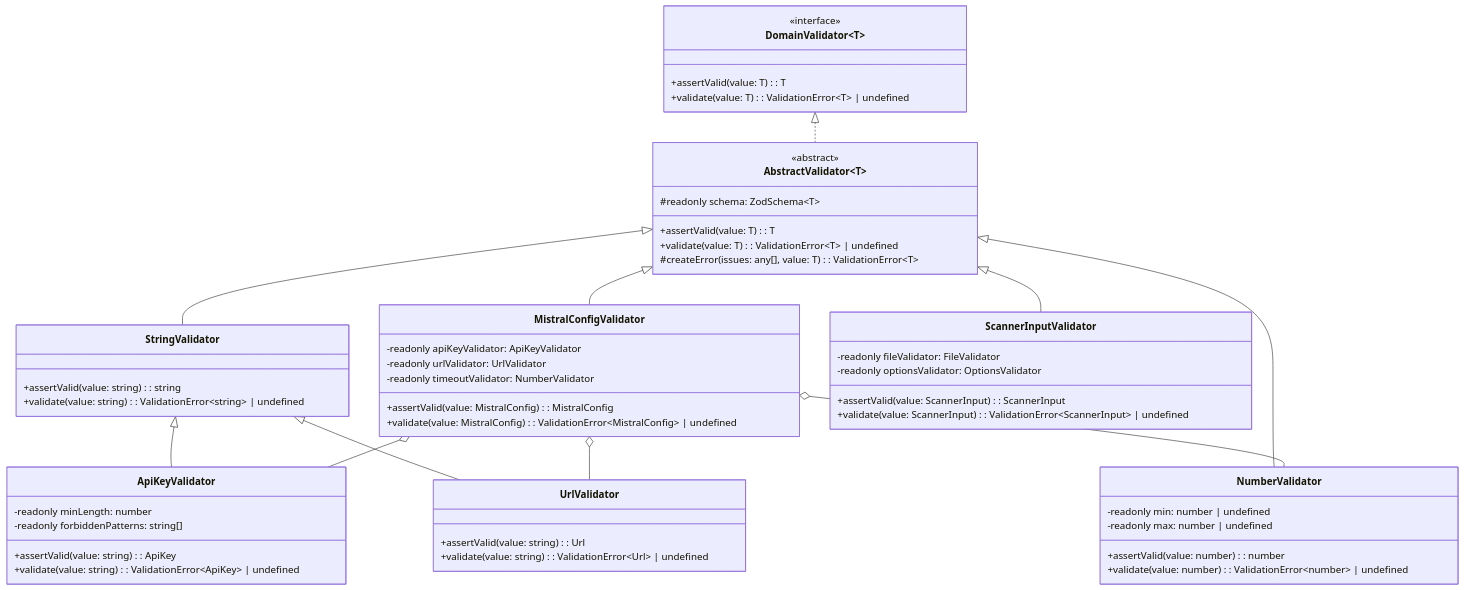
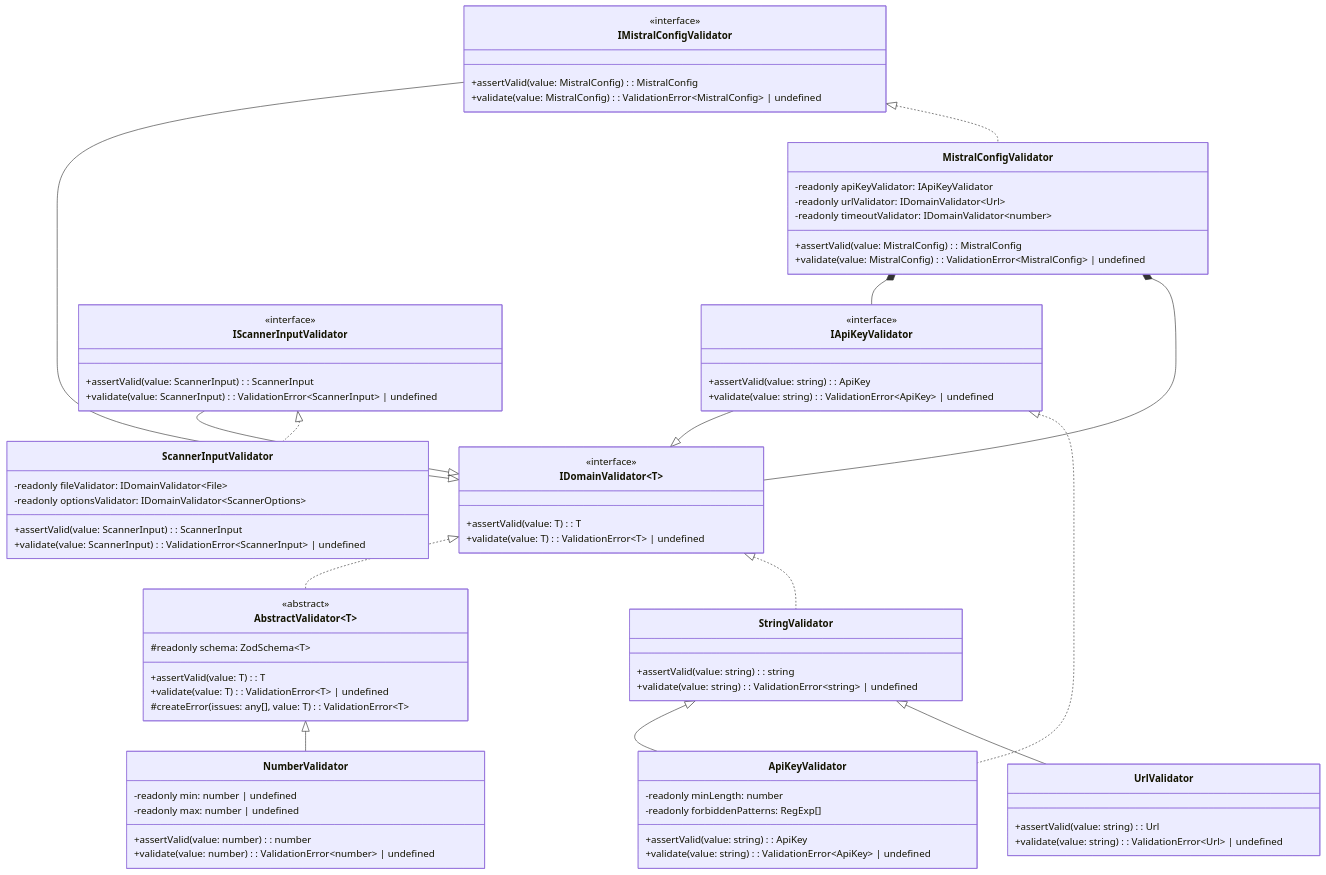
The diagram in docs/zod-validator-class-hierarchy.md (o2alexanderfedin/OCRChecksServer-demo), drawn with Mermaid before and after one commit. The commit also changed other lines of this file, not shown here.

First line of the commit message:
docs: enhance validator design with SOLID principles

````diff
--- a/docs/zod-validator-class-hierarchy.md
+++ b/docs/zod-validator-class-hierarchy.md
@@ -37,6 +65,6 @@
 ```mermaid
 classDiagram
-    class DomainValidator~T~ {
+    class IDomainValidator~T~ {
         <<interface>>
         +assertValid(value: T): T
         +validate(value: T): ValidationError~T~ | undefined
@@ -55,9 +83,15 @@
         +validate(value: string): ValidationError~string~ | undefined
     }
     
+    class IApiKeyValidator {
+        <<interface>>
+        +assertValid(value: string): ApiKey
+        +validate(value: string): ValidationError~ApiKey~ | undefined
+    }
+    
     class ApiKeyValidator {
         -readonly minLength: number
-        -readonly forbiddenPatterns: string[]
+        -readonly forbiddenPatterns: RegExp[]
         +assertValid(value: string): ApiKey
         +validate(value: string): ValidationError~ApiKey~ | undefined
     }
@@ -74,29 +108,46 @@
         +validate(value: number): ValidationError~number~ | undefined
     }
     
-    class MistralConfigValidator {
-        -readonly apiKeyValidator: ApiKeyValidator
-        -readonly urlValidator: UrlValidator
-        -readonly timeoutValidator: NumberValidator
+    class IMistralConfigValidator {
+        <<interface>>
         +assertValid(value: MistralConfig): MistralConfig
         +validate(value: MistralConfig): ValidationError~MistralConfig~ | undefined
     }
     
-    class ScannerInputValidator {
-        -readonly fileValidator: FileValidator
-        -readonly optionsValidator: OptionsValidator
+    class MistralConfigValidator {
+        -readonly apiKeyValidator: IApiKeyValidator
+        -readonly urlValidator: IDomainValidator~Url~
+        -readonly timeoutValidator: IDomainValidator~number~
+        +assertValid(value: MistralConfig): MistralConfig
+        +validate(value: MistralConfig): ValidationError~MistralConfig~ | undefined
+    }
+    
+    class IScannerInputValidator {
+        <<interface>>
         +assertValid(value: ScannerInput): ScannerInput
         +validate(value: ScannerInput): ValidationError~ScannerInput~ | undefined
     }
     
-    DomainValidator <|.. AbstractValidator
-    AbstractValidator <|-- StringValidator
+    class ScannerInputValidator {
+        -readonly fileValidator: IDomainValidator~File~
+        -readonly optionsValidator: IDomainValidator~ScannerOptions~
+        +assertValid(value: ScannerInput): ScannerInput
+        +validate(value: ScannerInput): ValidationError~ScannerInput~ | undefined
+    }
+    
+    IDomainValidator <|.. AbstractValidator
+    IDomainValidator <|.. StringValidator
+    IApiKeyValidator --|> IDomainValidator
+    IMistralConfigValidator --|> IDomainValidator
+    IScannerInputValidator --|> IDomainValidator
+    
+    IApiKeyValidator <|.. ApiKeyValidator
     StringValidator <|-- ApiKeyValidator
     StringValidator <|-- UrlValidator
     AbstractValidator <|-- NumberValidator
-    AbstractValidator <|-- MistralConfigValidator
-    AbstractValidator <|-- ScannerInputValidator
-    MistralConfigValidator o-- ApiKeyValidator
-    MistralConfigValidator o-- UrlValidator
-    MistralConfigValidator o-- NumberValidator
+    IMistralConfigValidator <|.. MistralConfigValidator
+    IScannerInputValidator <|.. ScannerInputValidator
+    
+    MistralConfigValidator *-- IApiKeyValidator
+    MistralConfigValidator *-- IDomainValidator
 ```
````
